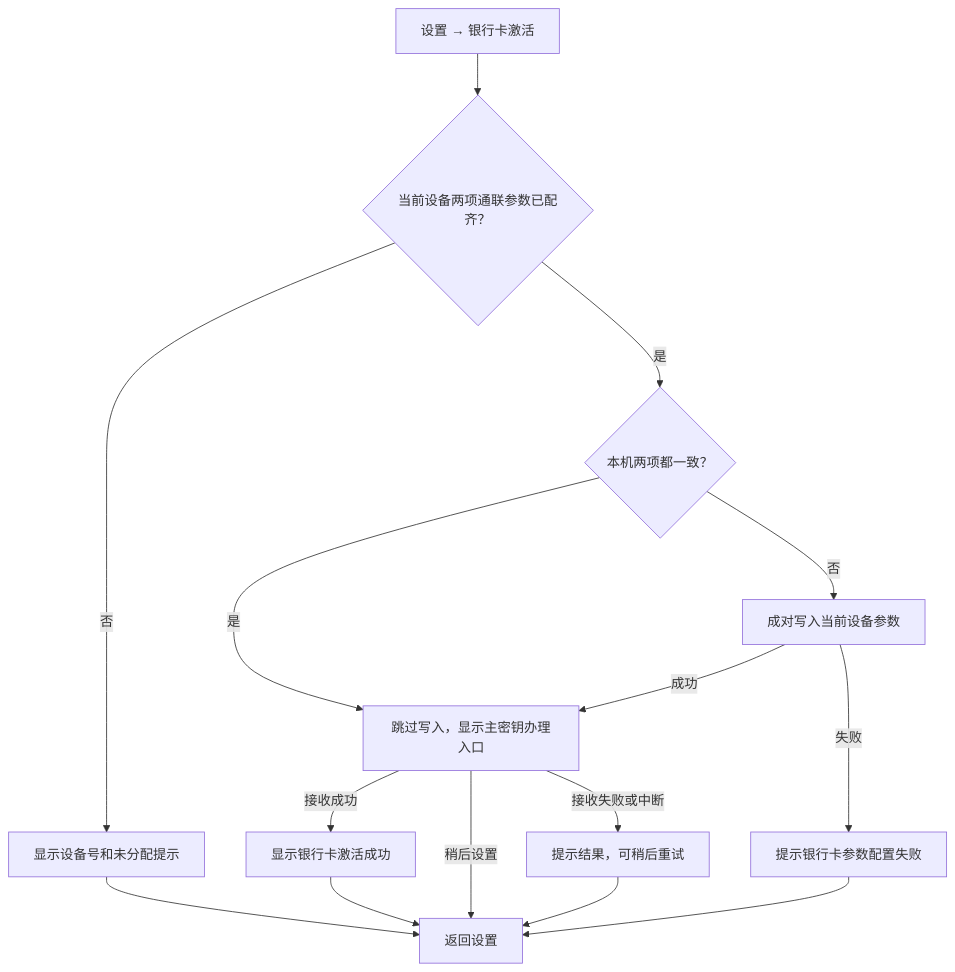
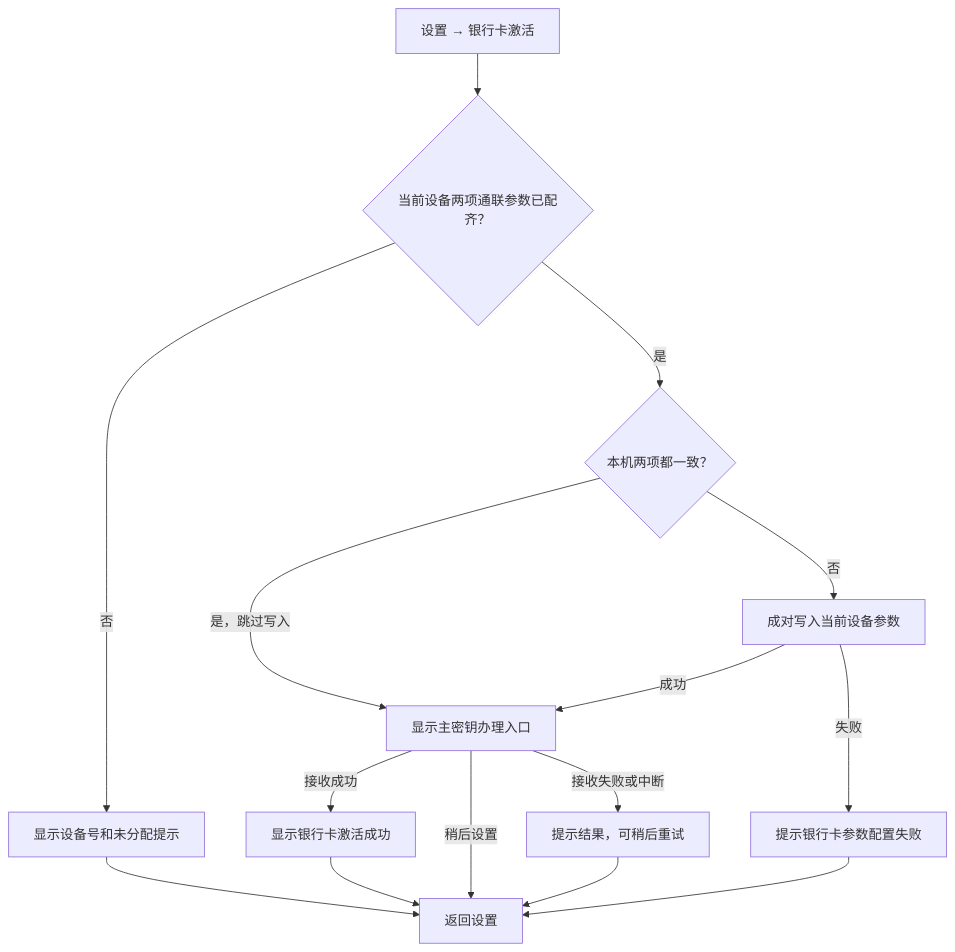
One commit to LCH6S/spa changed the second of 2 diagrams in docs/meta-pos-device-activation-prd.md. Above: the diagram before and after it, drawn with Mermaid. The commit also changed other lines of this file, not shown here.

Commit message:
Clarify POS diagram write and skip branches

````diff
--- a/docs/meta-pos-device-activation-prd.md
+++ b/docs/meta-pos-device-activation-prd.md
@@ -410,17 +410,17 @@
 ```mermaid
 flowchart TD
     A["设置 → 银行卡激活"] --> B{"当前设备两项通联参数已配齐？"}
     B -->|"否"| C["显示设备号和未分配提示"]
     B -->|"是"| D{"本机两项都一致？"}
-    D -->|"是"| E["跳过写入，显示主密钥办理入口"]
+    D -->|"是，跳过写入"| E["显示主密钥办理入口"]
     D -->|"否"| F["成对写入当前设备参数"]
     F -->|"成功"| E
     F -->|"失败"| G["提示银行卡参数配置失败"]
     E -->|"接收成功"| H["显示银行卡激活成功"]
     E -->|"稍后设置"| I["返回设置"]
     E -->|"接收失败或中断"| J["提示结果，可稍后重试"]
     C --> I
     G --> I
     H --> I
     J --> I
 ```
````
